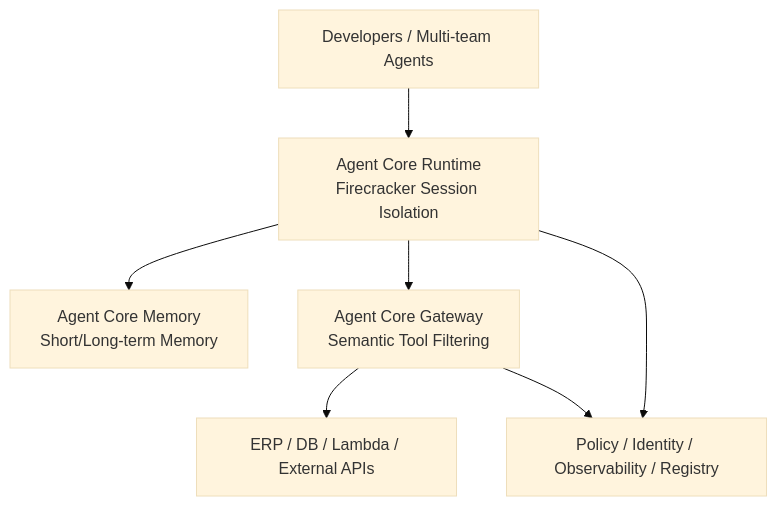
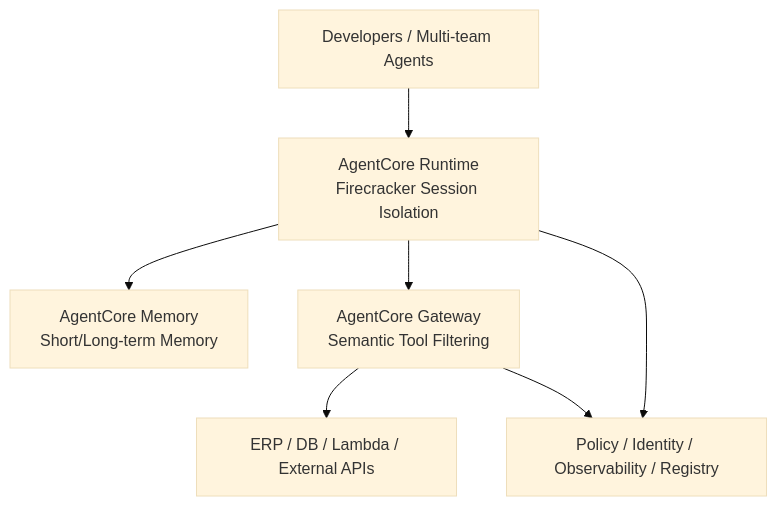
The first of 2 diagrams in src/content/blog/en/56-aws-hoyabit-bedrock-agentcore.md (poirotw66/poirotw66.github.io), drawn with Mermaid (base theme) before and after one commit. The commit also changed other lines of this file and 20 other files, not shown here.

Commit message:
fix(blog): update article titles and descriptions for consistency, including corrections to references for AWS Bedrock AgentCore and eCloudvalley's governance solutions

````diff
--- a/src/content/blog/en/56-aws-hoyabit-bedrock-agentcore.md
+++ b/src/content/blog/en/56-aws-hoyabit-bedrock-agentcore.md
@@ -84,15 +84,15 @@
 ```mermaid
 flowchart TB
   Dev[Developers / Multi-team Agents]
-  Runtime[Agent Core Runtime<br/>Firecracker Session Isolation]
-  Memory[Agent Core Memory<br/>Short/Long-term Memory]
-  Gateway[Agent Core Gateway<br/>Semantic Tool Filtering]
+  Runtime[AgentCore Runtime<br/>Firecracker Session Isolation]
+  Memory[AgentCore Memory<br/>Short/Long-term Memory]
+  Gateway[AgentCore Gateway<br/>Semantic Tool Filtering]
   Gov[Policy / Identity / Observability / Registry]
   Ext[ERP / DB / Lambda / External APIs]
 
   Dev --> Runtime
   Runtime --> Memory
   Runtime --> Gateway --> Ext
   Runtime --> Gov
   Gateway --> Gov
 ```
````
